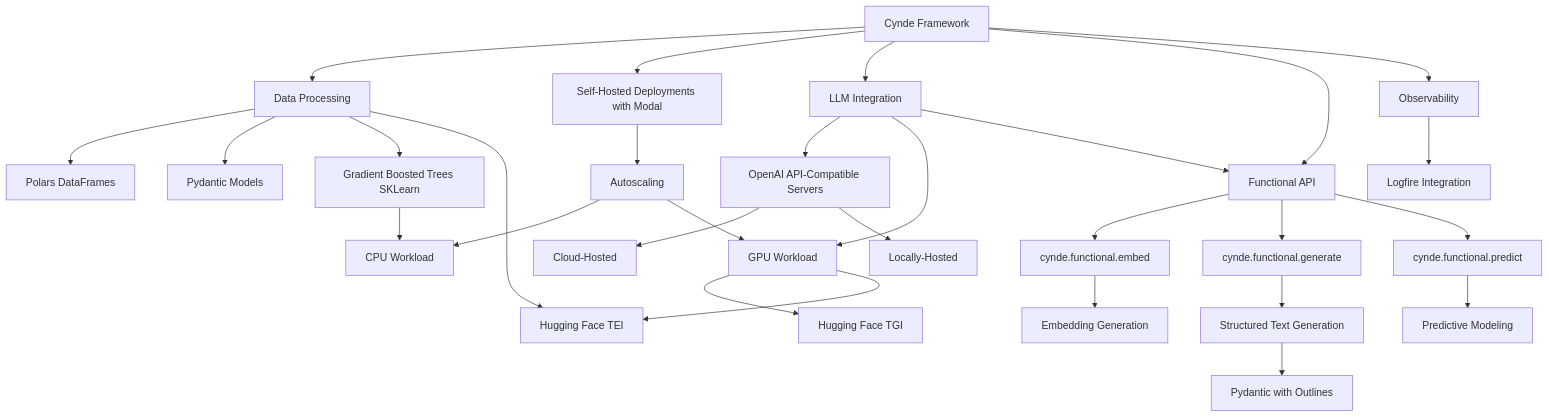
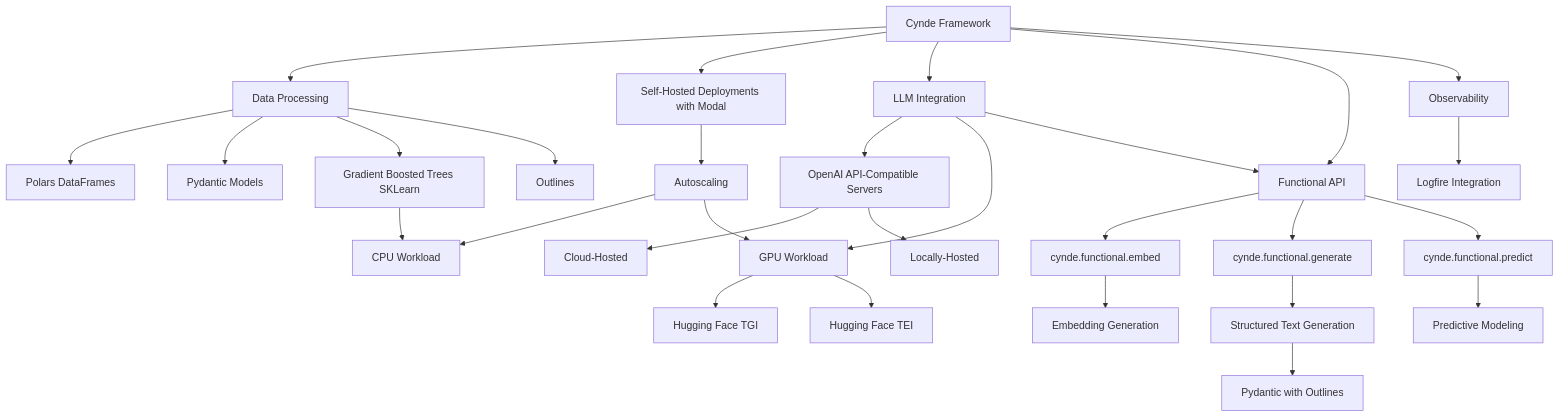
The diagram in drawings.md (Neural-Dragon-AI/Cynde), drawn with Mermaid before and after one commit.

````diff
--- a/drawings.md
+++ b/drawings.md
@@ -3,36 +3,36 @@
 ```mermaid
 graph TD
     A[Cynde Framework] --> B[Data Processing]
     B --> C[Polars DataFrames]
     B --> D[Pydantic Models]
     B --> E[Gradient Boosted Trees SKLearn]
-    B --> O[Outlines]
+    B --> Ot[Outlines]
     A --> P[Self-Hosted Deployments with Modal]
 
     P --> F[Autoscaling]
     F --> G[CPU Workload]
     E --> G
     F --> M[GPU Workload]
 
     A --> H[LLM Integration]
     H --> I[OpenAI API-Compatible Servers]
     I --> J[Cloud-Hosted]
     I --> K[Locally-Hosted]
     H --> M
     M --> N[Hugging Face TGI]
    
     M --> O[Hugging Face TEI]
 
     A --> Q[Functional API]
     Q --> R[cynde.functional.embed]
     R --> S[Embedding Generation]
     Q --> T[cynde.functional.generate]
     H --> Q
     T --> U[Structured Text Generation]
     U --> V[Pydantic with Outlines]
     Q --> W[cynde.functional.predict]
     W --> X[Predictive Modeling]
 
     A --> Y[Observability]
     Y --> Z[Logfire Integration]
 ```
````
